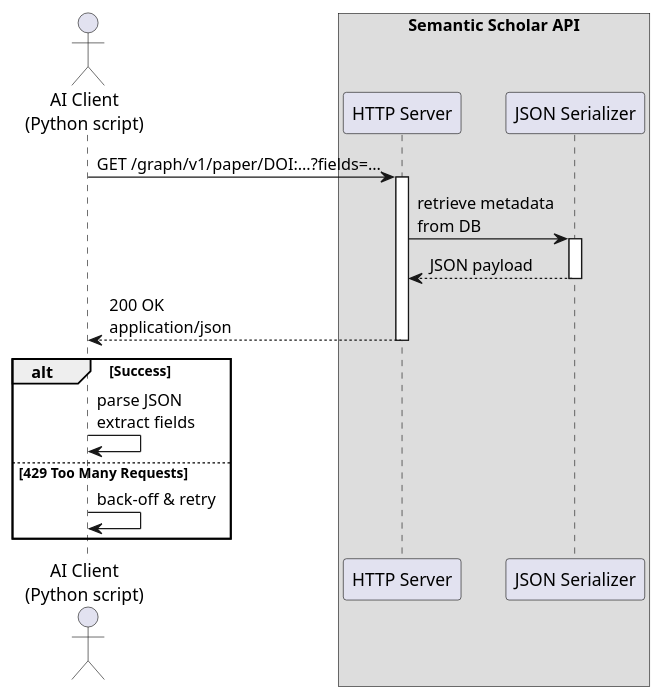
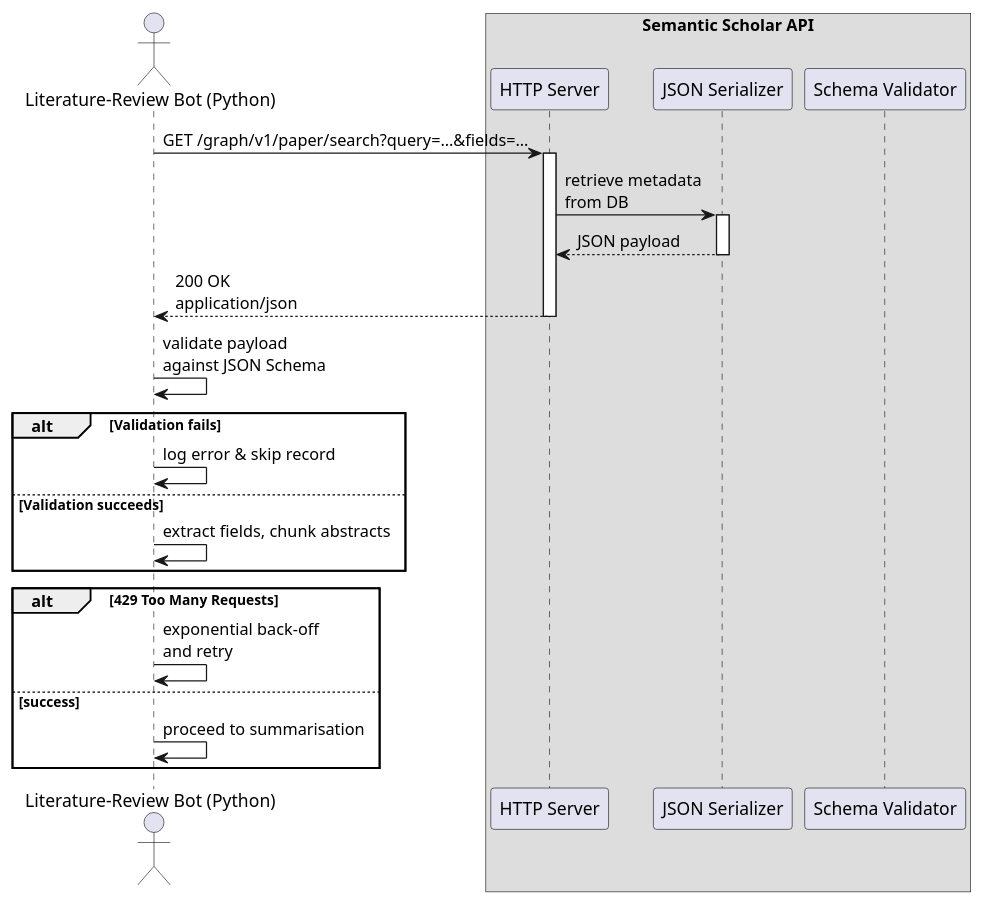
Before and after one commit to InquiryInstitute/AIPA: the diagram in aipa/llm-elevated/ch02-lecture-use-cases.adoc, drawn with PlantUML. The commit also changed other lines of this file and 128 other files, not shown here.

```diff
--- a/aipa/llm-elevated/ch02-lecture-use-cases.adoc
+++ b/aipa/llm-elevated/ch02-lecture-use-cases.adoc
@@ -119,25 +135,33 @@
 [plantuml, request-response-flow, png]
 ----
 @startuml
-actor "AI Client\n(Python script)" as Client
+actor "Literature‑Review Bot (Python)" as Bot
 box "Semantic Scholar API" #DDDDDD
   participant "HTTP Server" as Server
   participant "JSON Serializer" as Serializer
+  participant "Schema Validator" as Validator
 end box
 
-Client -> Server : GET /graph/v1/paper/DOI:…?fields=…
+Bot -> Server : GET /graph/v1/paper/search?query=…&fields=…
 activate Server
 Server -> Serializer : retrieve metadata\nfrom DB
 activate Serializer
 Serializer --> Server : JSON payload
 deactivate Serializer
-Server --> Client : 200 OK\napplication/json
+Server --> Bot : 200 OK\napplication/json
 deactivate Server
 
-alt Success
-  Client -> Client : parse JSON\nextract fields
-else 429 Too Many Requests
-  Client -> Client : back‑off & retry
+Bot -> Bot : validate payload\nagainst JSON Schema
+alt Validation fails
+  Bot -> Bot : log error & skip record
+else Validation succeeds
+  Bot -> Bot : extract fields, chunk abstracts
+end
+
+alt 429 Too Many Requests
+  Bot -> Bot : exponential back‑off\nand retry
+else success
+  Bot -> Bot : proceed to summarisation
 end
 @enduml
 ----
```
